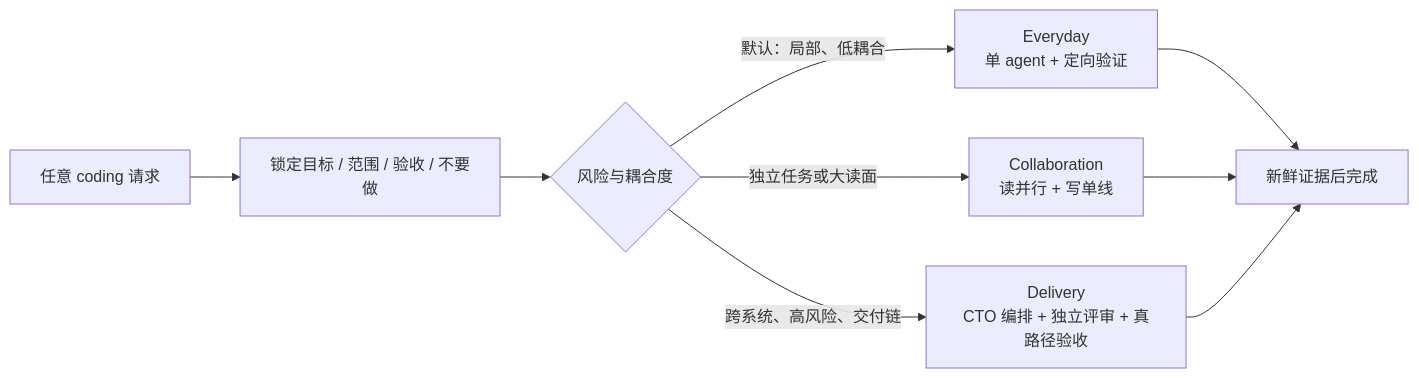
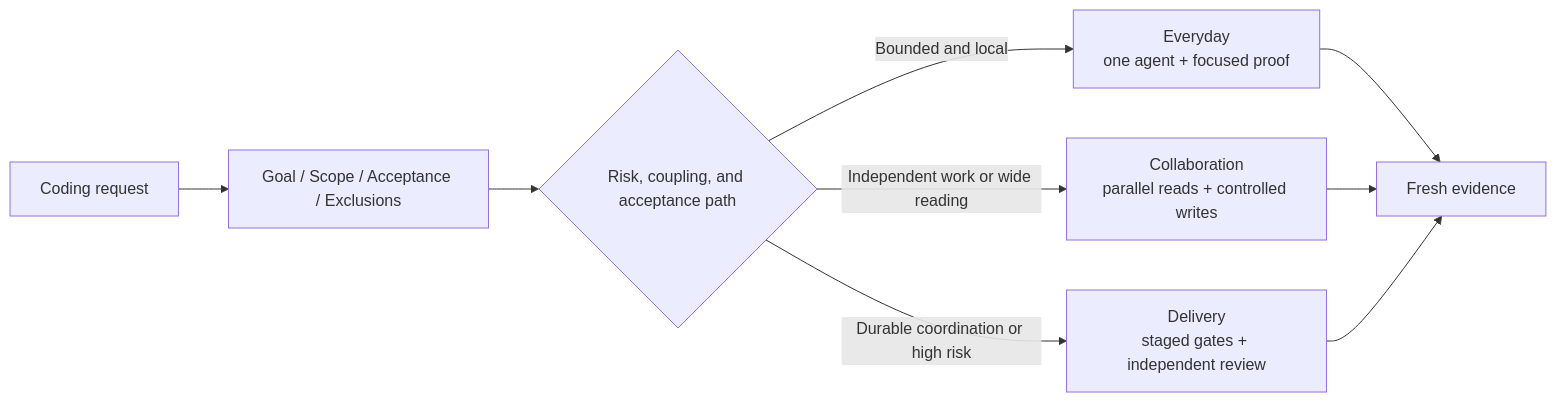
One commit to caredhieacid/jensenmo-happy_coding_everyday changed the diagram in README.md. Above: the diagram before and after it, drawn with Mermaid. The commit also changed other lines of this file and 53 other files, not shown here.

````diff
--- a/README.md
+++ b/README.md
@@ -22,11 +70,11 @@
 ```mermaid
 flowchart LR
-    A["任意 coding 请求"] --> B["锁定目标 / 范围 / 验收 / 不要做"]
-    B --> C{"风险与耦合度"}
-    C -->|"默认：局部、低耦合"| D["Everyday<br/>单 agent + 定向验证"]
-    C -->|"独立任务或大读面"| E["Collaboration<br/>读并行 + 写单线"]
-    C -->|"跨系统、高风险、交付链"| F["Delivery<br/>CTO 编排 + 独立评审 + 真路径验收"]
-    D --> G["新鲜证据后完成"]
+    A["Coding request"] --> B["Goal / Scope / Acceptance / Exclusions"]
+    B --> C{"Risk, coupling, and acceptance path"}
+    C -->|"Bounded and local"| D["Everyday<br/>one agent + focused proof"]
+    C -->|"Independent work or wide reading"| E["Collaboration<br/>parallel reads + controlled writes"]
+    C -->|"Durable coordination or high risk"| F["Delivery<br/>staged gates + independent review"]
+    D --> G["Fresh evidence"]
     E --> G
     F --> G
 ```
````
